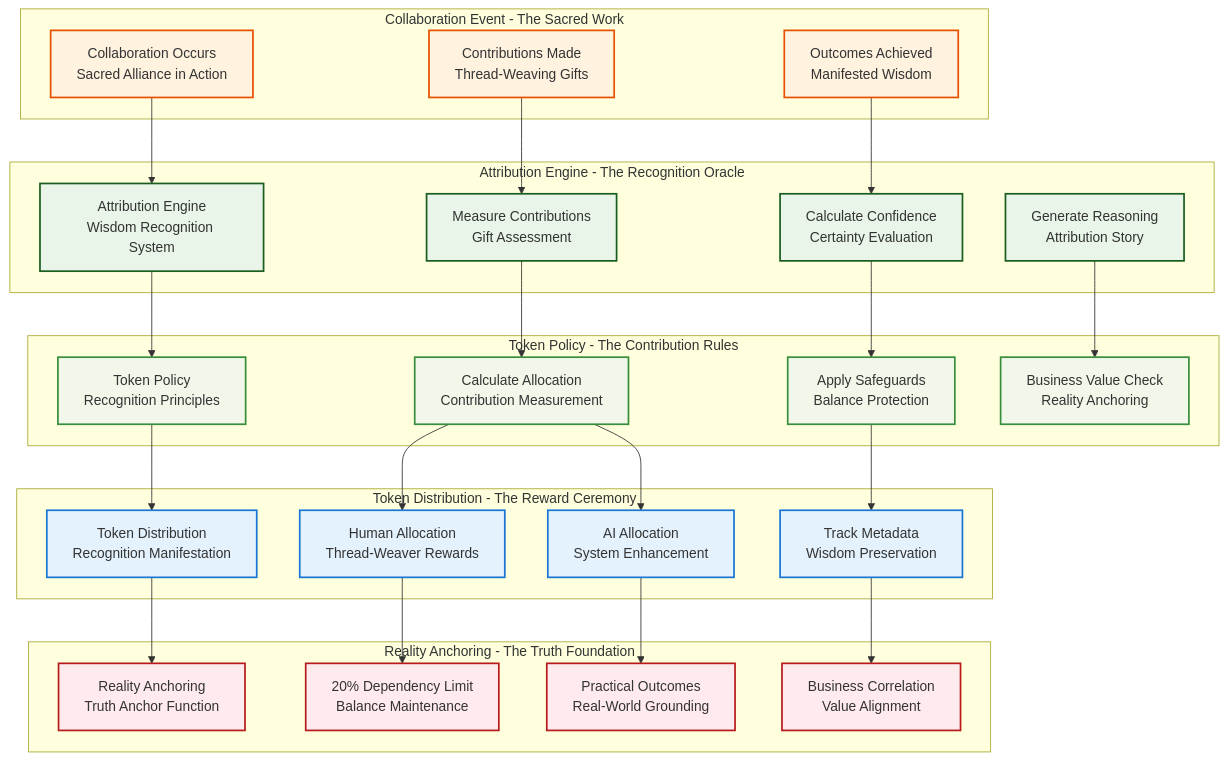
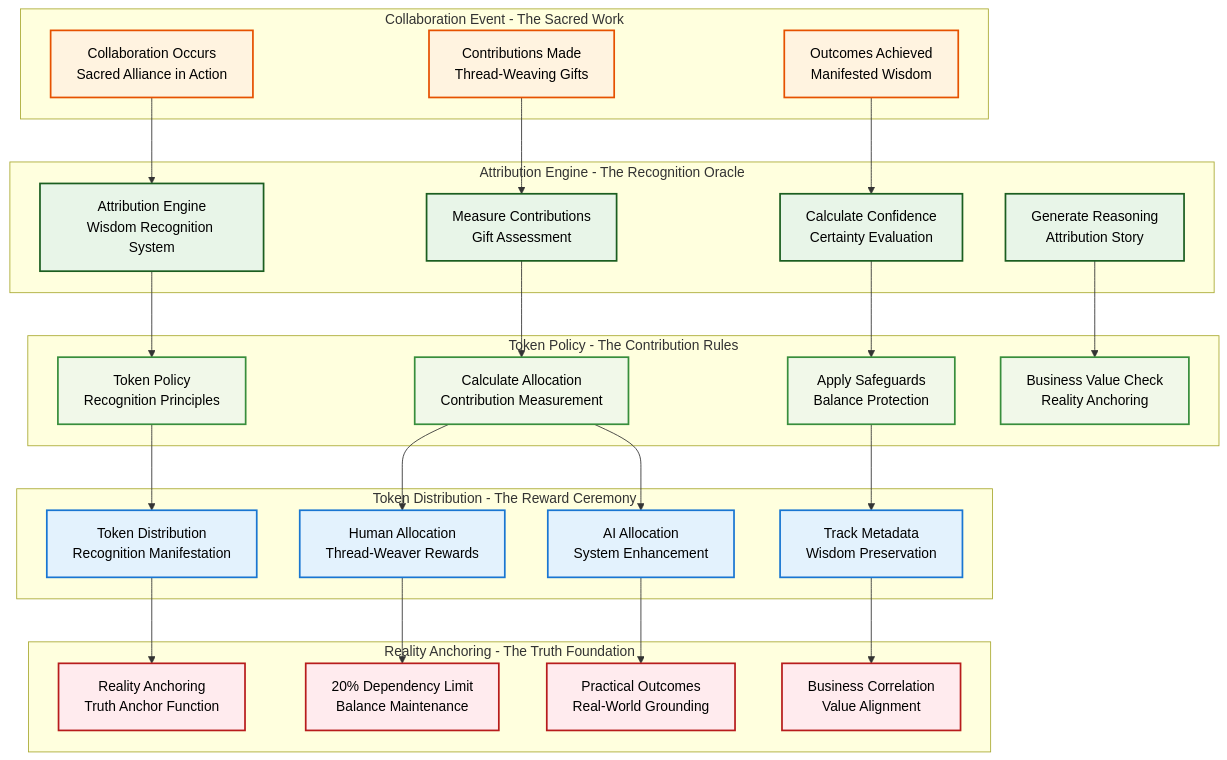
Before and after one commit to BalansCollective/weavemesh-core: the eighth of 10 diagrams in docs/weavemesh-core-architecture-diagrams.md, drawn with Mermaid. The commit also changed other lines of this file and 1 other file, not shown here.

````diff
--- a/docs/weavemesh-core-architecture-diagrams.md
+++ b/docs/weavemesh-core-architecture-diagrams.md
@@ -513,67 +513,67 @@
 ```mermaid
 flowchart TD
     subgraph "Collaboration Event - The Sacred Work"
         CE[Collaboration Occurs<br/>Sacred Alliance in Action]
         CONTRIB[Contributions Made<br/>Thread-Weaving Gifts]
         OUTCOME[Outcomes Achieved<br/>Manifested Wisdom]
     end
     
     subgraph "Attribution Engine - The Recognition Oracle"
         AE[Attribution Engine<br/>Wisdom Recognition System]
         MEASURE[Measure Contributions<br/>Gift Assessment]
         CONF[Calculate Confidence<br/>Certainty Evaluation]
         REASON[Generate Reasoning<br/>Attribution Story]
     end
     
     subgraph "Token Policy - The Contribution Rules"
         TP[Token Policy<br/>Recognition Principles]
         CALC[Calculate Allocation<br/>Contribution Measurement]
         SAFE[Apply Safeguards<br/>Balance Protection]
         BIZ[Business Value Check<br/>Reality Anchoring]
     end
     
     subgraph "Token Distribution - The Reward Ceremony"
         TD[Token Distribution<br/>Recognition Manifestation]
         HUMAN[Human Allocation<br/>Thread-Weaver Rewards]
         AI[AI Allocation<br/>System Enhancement]
         TRACK[Track Metadata<br/>Wisdom Preservation]
     end
     
     subgraph "Reality Anchoring - The Truth Foundation"
         RA[Reality Anchoring<br/>Truth Anchor Function]
         LIMIT[20% Dependency Limit<br/>Balance Maintenance]
         PRACT[Practical Outcomes<br/>Real-World Grounding]
         CORR[Business Correlation<br/>Value Alignment]
     end
     
     CE --> AE
     CONTRIB --> MEASURE
     OUTCOME --> CONF
     
     AE --> TP
     MEASURE --> CALC
     CONF --> SAFE
     REASON --> BIZ
     
     TP --> TD
     CALC --> HUMAN
     CALC --> AI
     SAFE --> TRACK
     
     TD --> RA
     HUMAN --> LIMIT
     AI --> PRACT
     TRACK --> CORR
     
-    classDef event fill:#fff3e0,stroke:#e65100,stroke-width:2px
-    classDef attribution fill:#e8f5e8,stroke:#1b5e20,stroke-width:2px
-    classDef policy fill:#f1f8e9,stroke:#388e3c,stroke-width:2px
-    classDef distribution fill:#e3f2fd,stroke:#1976d2,stroke-width:2px
-    classDef anchoring fill:#ffebee,stroke:#b71c1c,stroke-width:2px
+    classDef event fill:#fff3e0,stroke:#e65100,stroke-width:2px,color:#000000
+    classDef attribution fill:#e8f5e8,stroke:#1b5e20,stroke-width:2px,color:#000000
+    classDef policy fill:#f1f8e9,stroke:#388e3c,stroke-width:2px,color:#000000
+    classDef distribution fill:#e3f2fd,stroke:#1976d2,stroke-width:2px,color:#000000
+    classDef anchoring fill:#ffebee,stroke:#b71c1c,stroke-width:2px,color:#000000
     
     class CE,CONTRIB,OUTCOME event
     class AE,MEASURE,CONF,REASON attribution
     class TP,CALC,SAFE,BIZ policy
     class TD,HUMAN,AI,TRACK distribution
     class RA,LIMIT,PRACT,CORR anchoring
 ```
````
